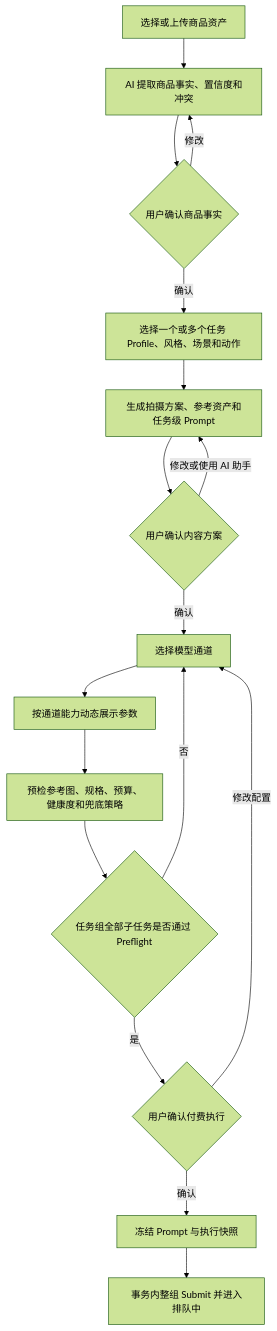
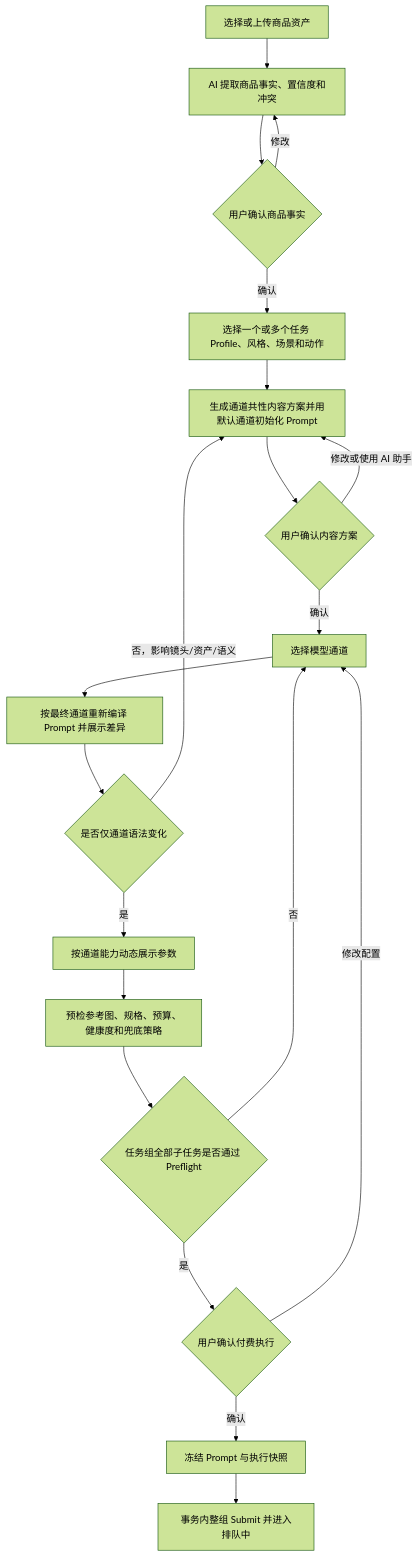
Before and after one commit to WoodWater-ai/EC-AIGC: the seventh of 10 diagrams in docs/product/PRD-V2.3.md, drawn with Mermaid (forest theme). The commit also changed other lines of this file and 21 other files, not shown here.

````diff
--- a/docs/product/PRD-V2.3.md
+++ b/docs/product/PRD-V2.3.md
@@ -682,19 +685,22 @@
 ```mermaid
 flowchart TD
     A["选择或上传商品资产"] --> B["AI 提取商品事实、置信度和冲突"]
     B --> C{"用户确认商品事实"}
     C -- "修改" --> B
     C -- "确认" --> D["选择一个或多个任务 Profile、风格、场景和动作"]
-    D --> E["生成拍摄方案、参考资产和任务级 Prompt"]
+    D --> E["生成通道共性内容方案并用默认通道初始化 Prompt"]
     E --> F{"用户确认内容方案"}
     F -- "修改或使用 AI 助手" --> E
     F -- "确认" --> G["选择模型通道"]
-    G --> H["按通道能力动态展示参数"]
+    G --> G1["按最终通道重新编译 Prompt 并展示差异"]
+    G1 --> G2{"是否仅通道语法变化"}
+    G2 -- "否，影响镜头/资产/语义" --> E
+    G2 -- "是" --> H["按通道能力动态展示参数"]
     H --> I["预检参考图、规格、预算、健康度和兜底策略"]
     I --> I1{"任务组全部子任务是否通过 Preflight"}
     I1 -- "否" --> G
     I1 -- "是" --> J{"用户确认付费执行"}
     J -- "修改配置" --> G
     J -- "确认" --> K["冻结 Prompt 与执行快照"]
     K --> L["事务内整组 Submit 并进入排队中"]
 ```
````
